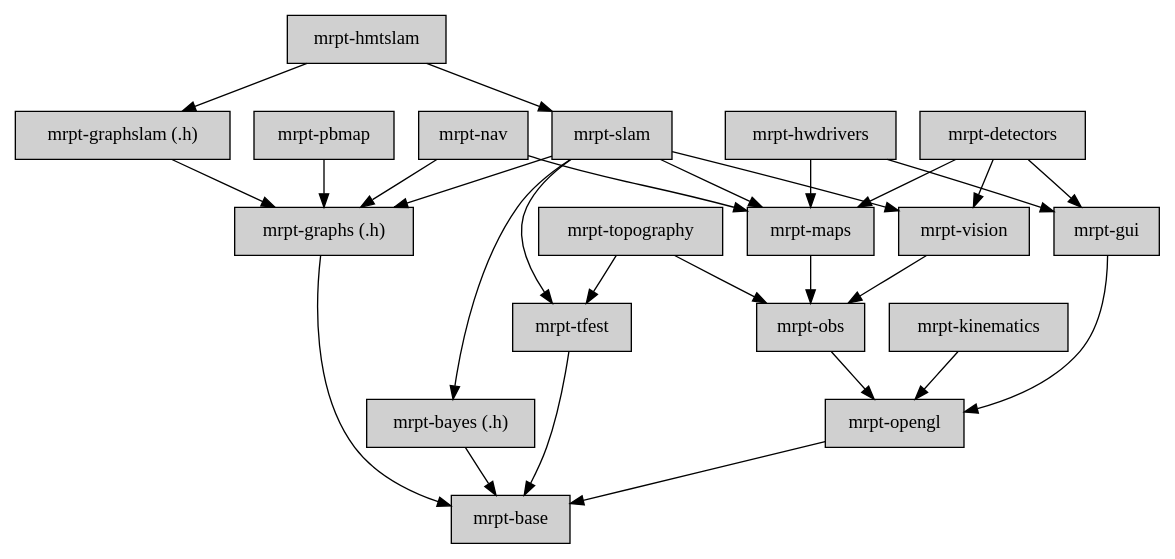
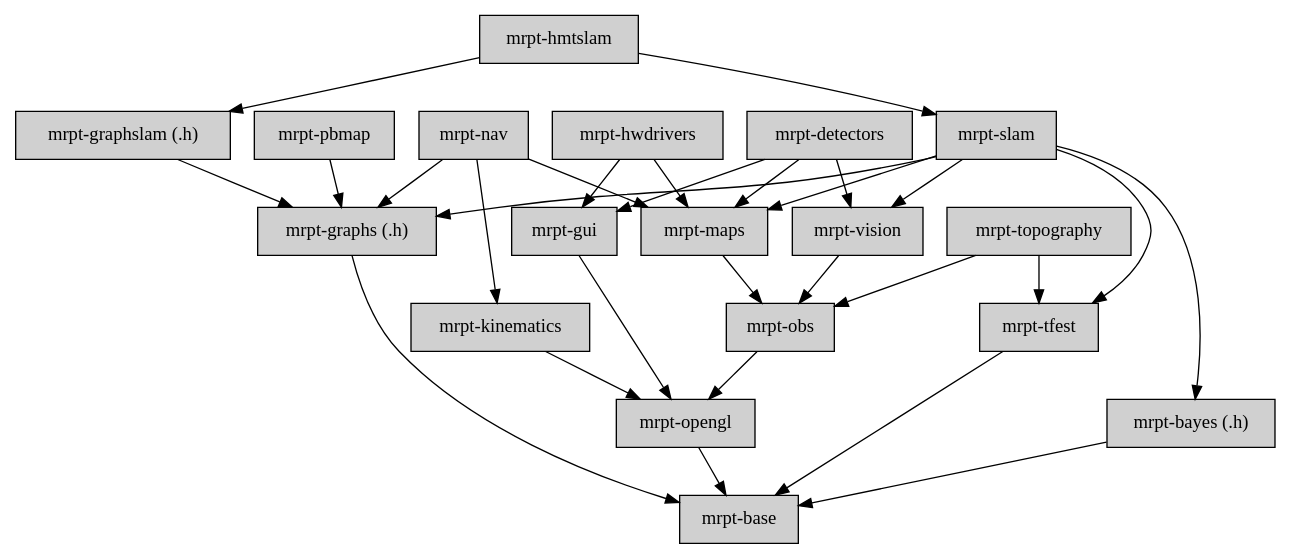
The diagram in doc/design_of_images/graph_mrpt_libs.dot (MRPT/mrpt), drawn with Graphviz before and after one commit. The commit also changed 39 other files, not shown here.

```diff
--- a/doc/design_of_images/graph_mrpt_libs.dot
+++ b/doc/design_of_images/graph_mrpt_libs.dot
@@ -1,71 +1,72 @@
 digraph MRPT_LIBS {
 
 	node [shape=box,style=filled, fillcolor="#D0D0D0"];
 
 	base 		[label="mrpt-base",URL="group__mrpt__base__grp.html"];
 	graphs		[label="mrpt-graphs (.h)",URL="group__mrpt__graphs__grp.html"];
 	bayes 		[label="mrpt-bayes (.h)",URL="group__mrpt__bayes__grp.html"];
 	opengl 		[label="mrpt-opengl", URL="group__mrpt__opengl__grp.html"];
 	gui 		[label="mrpt-gui",URL="group__mrpt__gui__grp.html"];
 	obs 		[label="mrpt-obs",URL="group__mrpt__obs__grp.html"];
 	hwdrivers 	[label="mrpt-hwdrivers",URL="group__mrpt__hwdrivers__grp.html"];
 	topography 	[label="mrpt-topography",URL="group__mrpt__topography__grp.html"];
 	maps 		[label="mrpt-maps",URL="group__mrpt__maps__grp.html"];
 	vision 		[label="mrpt-vision",URL="group__mrpt__vision__grp.html"];
 	tfest 		[label="mrpt-tfest",URL="group__mrpt__tfest__grp.html"];
 
 	slam 		[label="mrpt-slam",URL="group__mrpt__slam__grp.html"];
 	graphslam	[label="mrpt-graphslam (.h)",URL="group__mrpt__graphslam__grp.html"];
 	
 	hmtslam		[label="mrpt-hmtslam",URL="group__mrpt__hmtslam__grp.html"];
 	nav	        [label="mrpt-nav",URL="group__mrpt__nav__grp.html"];
 	
 	detectors	[label="mrpt-detectors",URL="group__mrpt__detectors__grp.html"];
 
 	kinematics	[label="mrpt-kinematics",URL="group__mrpt__kinematics__grp.html"];
 
 	pbmap    [label="mrpt-pbmap",URL="group__mrpt__pbmap__grp.html"];
 
 	pbmap -> graphs;
 
 	kinematics  -> opengl;
 	
 	graphs -> base;
 	tfest -> base;
 
 	bayes -> base;
 	
 	opengl -> base;
 	
 	obs -> opengl;
 	
 	gui -> opengl;
 	
 	hwdrivers -> gui;
 	hwdrivers -> maps;
 	
 	topography -> obs;
 	topography -> tfest;
 	
 	vision -> obs;
 	
 	maps -> obs;
 
 	slam -> maps;
 	slam -> vision;
 	slam -> tfest;
 	slam -> bayes;
 	slam -> graphs;
 
 	graphslam -> graphs;
 
 	detectors -> vision;
 	detectors -> maps;
 	detectors -> gui;
 	
 	hmtslam -> slam;
 	hmtslam -> graphslam;
 
 	nav -> maps;
 	nav -> graphs;
+	nav -> kinematics;
 }
```
